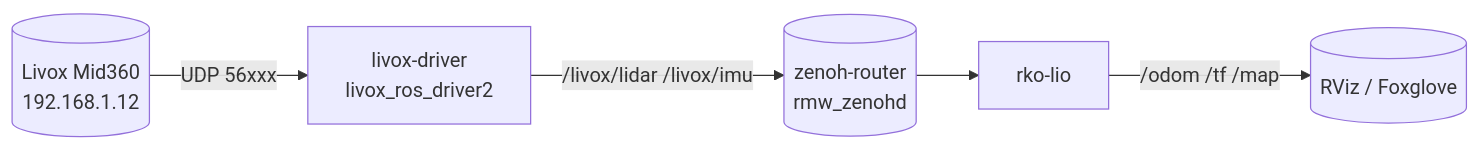
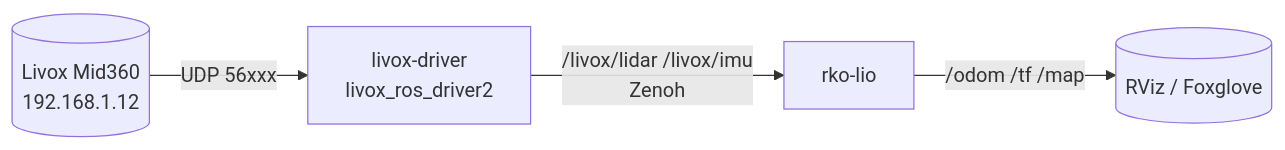
Before and after one commit to sattwik-sahu/livox-mid360_rko-lio_ros2: the diagram in docs/index.md, drawn with Mermaid. The commit also changed other lines of this file and 16 other files, not shown here.

Commit message:
refactor: Livox LIO title, light theme, remove zenoh router (external pixi), drop mac bridge, fix livox build, tidy dir tree (docker/, config/livox, config/rko_lio)

````diff
--- a/docs/index.md
+++ b/docs/index.md
@@ -29,7 +29,6 @@
 ```mermaid
 flowchart LR
   LIDAR[(Livox Mid360<br/>192.168.1.12)] -->|UDP 56xxx| DRIVER[livox-driver<br/>livox_ros_driver2]
-  DRIVER -->|/livox/lidar /livox/imu| ZENOH[(zenoh-router<br/>rmw_zenohd)]
-  ZENOH --> RKO[rko-lio]
+  DRIVER -->|/livox/lidar /livox/imu<br/>Zenoh| RKO[rko-lio]
   RKO -->|/odom /tf /map| VIZ[(RViz / Foxglove)]
 ```
````
